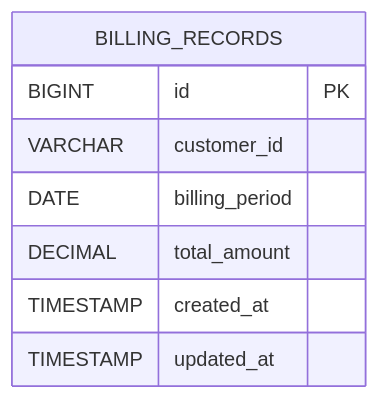
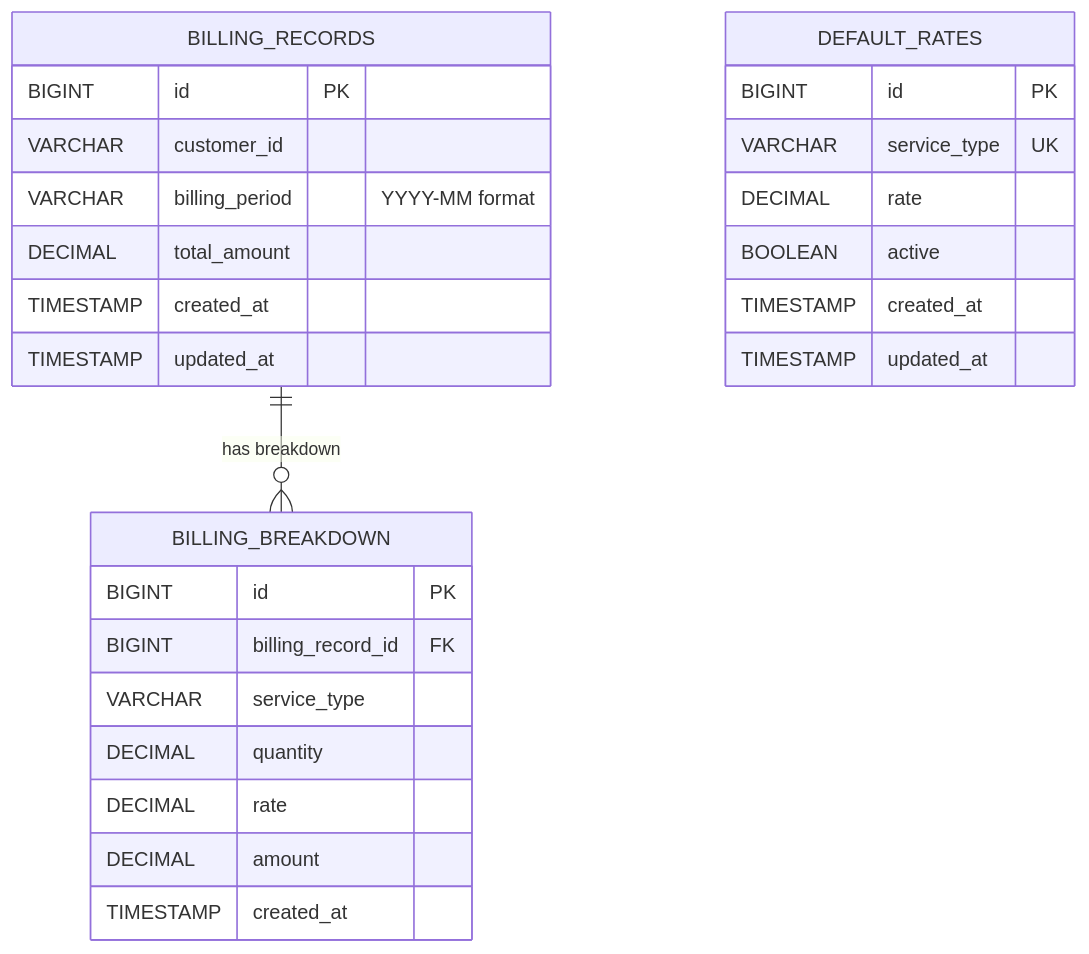
Before and after one commit to maximilianuhlmann/microservice-showcase: the fifth of 6 diagrams in docs/ARCHITECTURE.md, drawn with Mermaid. The commit also changed other lines of this file and 18 other files, not shown here.

````diff
--- a/docs/ARCHITECTURE.md
+++ b/docs/ARCHITECTURE.md
@@ -148,11 +150,32 @@
 ```mermaid
 erDiagram
     BILLING_RECORDS {
         BIGINT id PK
         VARCHAR customer_id
-        DATE billing_period
+        VARCHAR billing_period "YYYY-MM format"
         DECIMAL total_amount
         TIMESTAMP created_at
         TIMESTAMP updated_at
     }
+    
+    BILLING_BREAKDOWN {
+        BIGINT id PK
+        BIGINT billing_record_id FK
+        VARCHAR service_type
+        DECIMAL quantity
+        DECIMAL rate
+        DECIMAL amount
+        TIMESTAMP created_at
+    }
+    
+    DEFAULT_RATES {
+        BIGINT id PK
+        VARCHAR service_type UK
+        DECIMAL rate
+        BOOLEAN active
+        TIMESTAMP created_at
+        TIMESTAMP updated_at
+    }
+    
+    BILLING_RECORDS ||--o{ BILLING_BREAKDOWN : "has breakdown"
 ```
````
